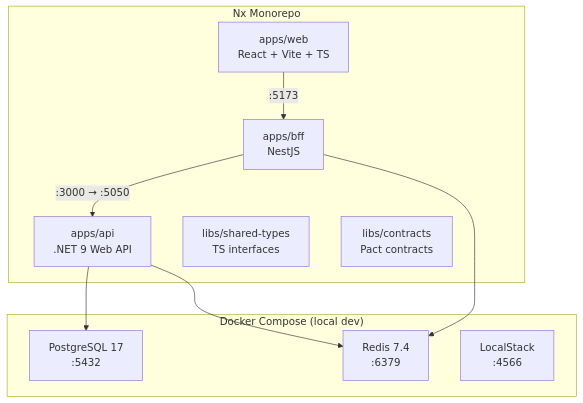
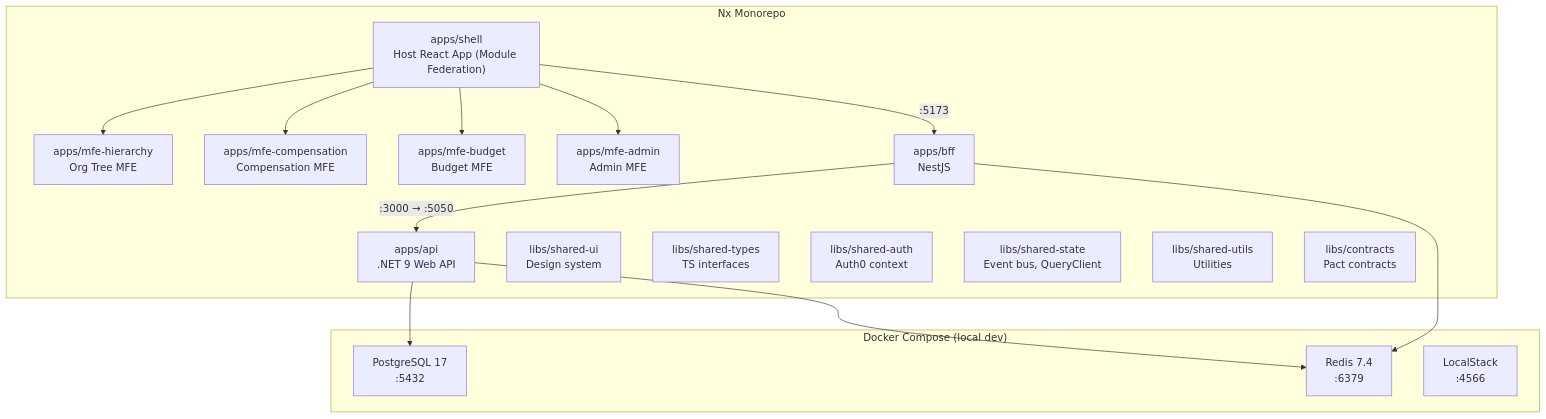
One commit to sukhesh035/employee_budget_allocation changed the diagram in docs/phases/PHASE-1-project-setup.md. Above: the diagram before and after it, drawn with Mermaid. The commit also changed other lines of this file and 7 other files, not shown here.

First line of the commit message:
Restructure to micro frontend architecture with Module Federation

````diff
--- a/docs/phases/PHASE-1-project-setup.md
+++ b/docs/phases/PHASE-1-project-setup.md
@@ -22,22 +22,31 @@
 ```mermaid
 graph TB
     subgraph Monorepo["Nx Monorepo"]
-        SPA["apps/web<br/>React + Vite + TS"]
+        SHELL["apps/shell<br/>Host React App (Module Federation)"]
+        MFE_H["apps/mfe-hierarchy<br/>Org Tree MFE"]
+        MFE_C["apps/mfe-compensation<br/>Compensation MFE"]
+        MFE_B["apps/mfe-budget<br/>Budget MFE"]
+        MFE_A["apps/mfe-admin<br/>Admin MFE"]
         BFF["apps/bff<br/>NestJS"]
         API["apps/api<br/>.NET 9 Web API"]
-        LibShared["libs/shared-types<br/>TS interfaces"]
+        LibUI["libs/shared-ui<br/>Design system"]
+        LibTypes["libs/shared-types<br/>TS interfaces"]
+        LibAuth["libs/shared-auth<br/>Auth0 context"]
+        LibState["libs/shared-state<br/>Event bus, QueryClient"]
+        LibUtils["libs/shared-utils<br/>Utilities"]
         LibContracts["libs/contracts<br/>Pact contracts"]
     end
 
     subgraph DockerCompose["Docker Compose (local dev)"]
         PG["PostgreSQL 17<br/>:5432"]
         Redis["Redis 7.4<br/>:6379"]
         LS["LocalStack<br/>:4566"]
     end
 
-    SPA -->|:5173| BFF
+    SHELL -->|:5173| BFF
+    SHELL --> MFE_H & MFE_C & MFE_B & MFE_A
     BFF -->|:3000 → :5050| API
     API --> PG
     API --> Redis
     BFF --> Redis
 ```
````
